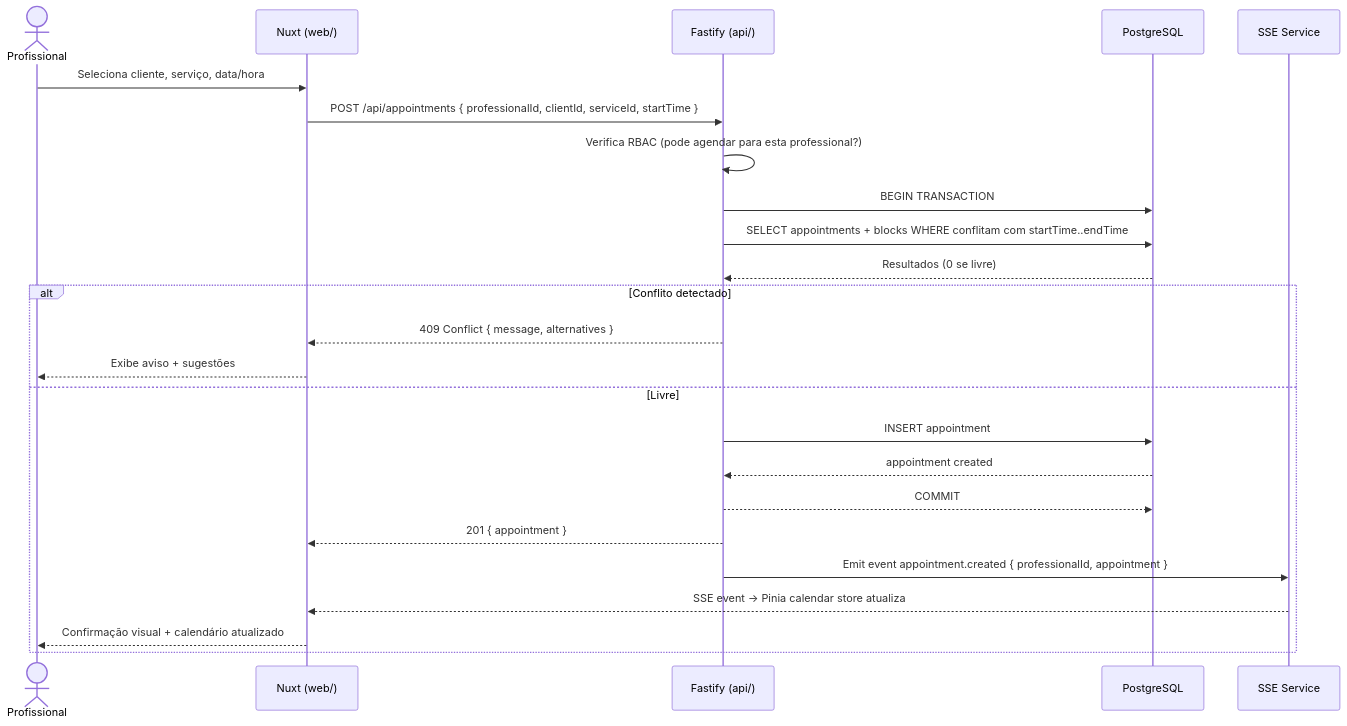
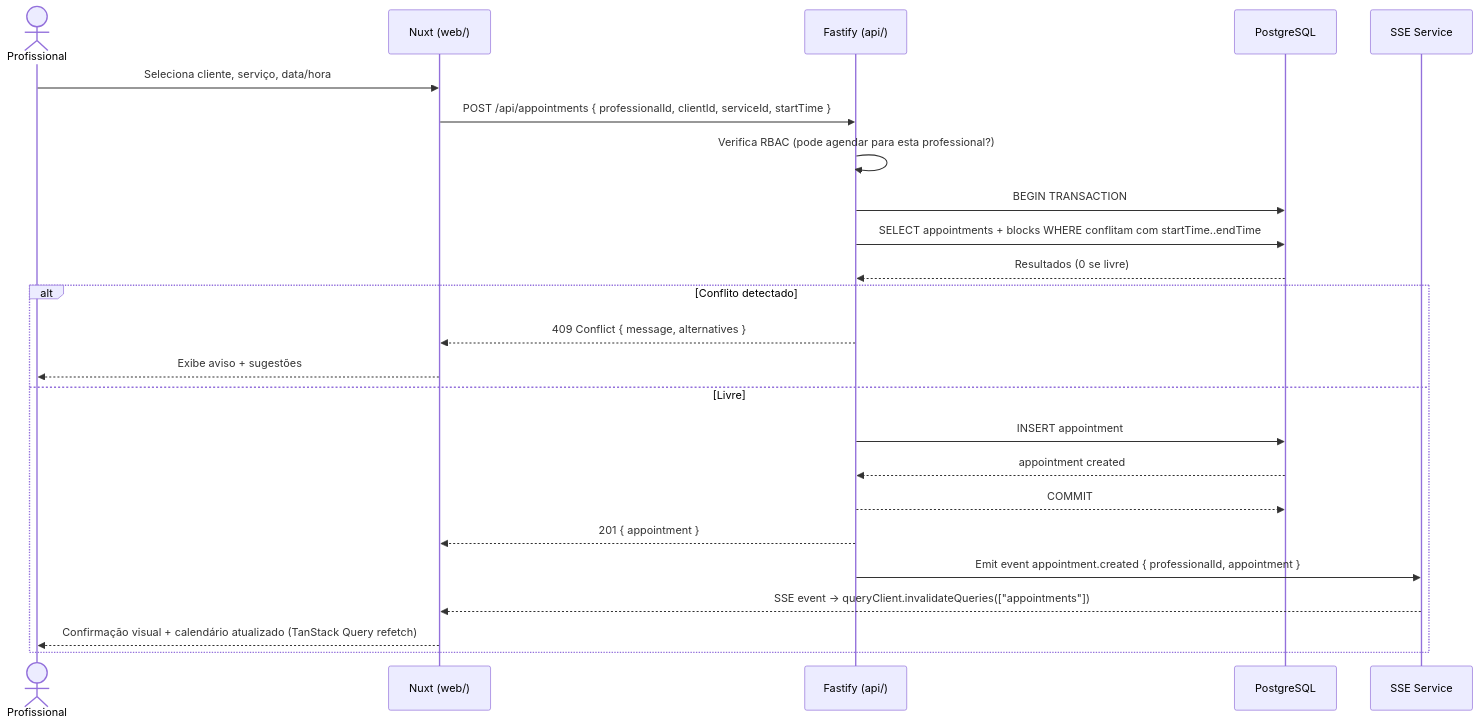
Before and after one commit to danielbarrosdeoliveira/SB-Flow: the fifth of 8 diagrams in .specs/features/agenda-compartilhada/design.md, drawn with Mermaid. The commit also changed other lines of this file and 28 other files, not shown here.

````diff
--- a/.specs/features/agenda-compartilhada/design.md
+++ b/.specs/features/agenda-compartilhada/design.md
@@ -168,27 +170,27 @@
 ```mermaid
 sequenceDiagram
     actor P as Profissional
     participant W as Nuxt (web/)
     participant A as Fastify (api/)
     participant DB as PostgreSQL
     participant S as SSE Service
 
     P->>W: Seleciona cliente, serviço, data/hora
     W->>A: POST /api/appointments { professionalId, clientId, serviceId, startTime }
     A->>A: Verifica RBAC (pode agendar para esta professional?)
     A->>DB: BEGIN TRANSACTION
     A->>DB: SELECT appointments + blocks WHERE conflitam com startTime..endTime
     DB-->>A: Resultados (0 se livre)
     alt Conflito detectado
         A-->>W: 409 Conflict { message, alternatives }
         W-->>P: Exibe aviso + sugestões
     else Livre
         A->>DB: INSERT appointment
         DB-->>A: appointment created
         A-->>DB: COMMIT
         A-->>W: 201 { appointment }
         A->>S: Emit event appointment.created { professionalId, appointment }
-        S-->>W: SSE event → Pinia calendar store atualiza
-        W-->>P: Confirmação visual + calendário atualizado
+        S-->>W: SSE event → queryClient.invalidateQueries(["appointments"])
+        W-->>P: Confirmação visual + calendário atualizado (TanStack Query refetch)
     end
 ```
````
